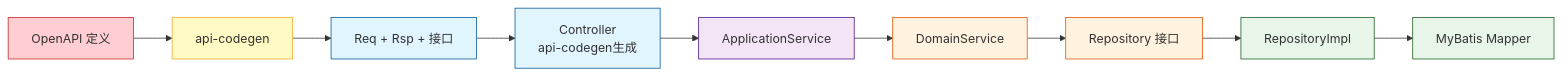
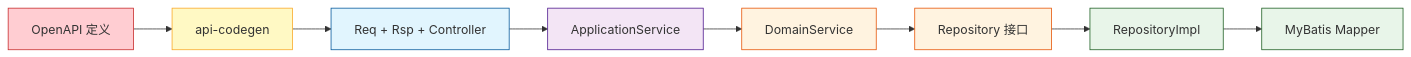
One commit to Emtemf/oh-help-me changed the tenth of 11 diagrams in docs/clean-architecture-guide.md. Above: the diagram before and after it, drawn with Mermaid. The commit also changed other lines of this file, not shown here.

Commit message:
fix: add convert to all layers (interface, application, infrastructure)

````diff
--- a/docs/clean-architecture-guide.md
+++ b/docs/clean-architecture-guide.md
@@ -884,21 +841,19 @@
 ```mermaid
 graph LR
     A[OpenAPI 定义] --> B[api-codegen]
-    B --> C[Req + Rsp + 接口]
-    C --> D[Controller<br/>api-codegen生成]
-    D --> E[ApplicationService]
-    E --> F[DomainService]
-    F --> G[Repository 接口]
-    G --> H[RepositoryImpl]
-    H --> I[MyBatis Mapper]
+    B --> C[Req + Rsp + Controller]
+    C --> D[ApplicationService]
+    D --> E[DomainService]
+    E --> F[Repository 接口]
+    F --> G[RepositoryImpl]
+    G --> H[MyBatis Mapper]
 
     style A fill:#ffcdd2,stroke:#c62828
     style B fill:#fff9c4,stroke:#f9a825
     style C fill:#e1f5fe,stroke:#01579b
-    style D fill:#e1f5fe,stroke:#01579b
-    style E fill:#f3e5f5,stroke:#4a148c
+    style D fill:#f3e5f5,stroke:#4a148c
+    style E fill:#fff3e0,stroke:#e65100
     style F fill:#fff3e0,stroke:#e65100
-    style G fill:#fff3e0,stroke:#e65100
+    style G fill:#e8f5e9,stroke:#1b5e20
     style H fill:#e8f5e9,stroke:#1b5e20
-    style I fill:#e8f5e9,stroke:#1b5e20
 ```
````
